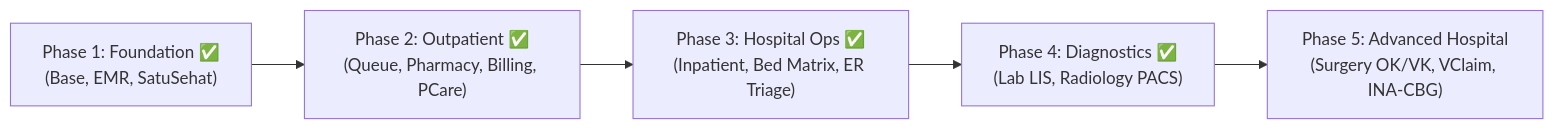
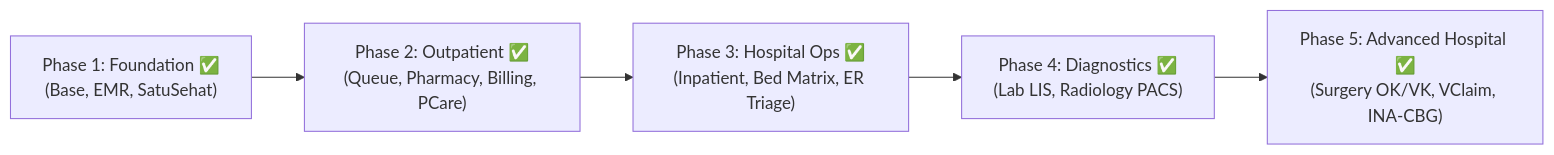
One commit to Mango-Teknusa-Inovasi/odoo-health-suite changed the second of 2 diagrams in README.md. Above: the diagram before and after it, drawn with Mermaid. The commit also changed other lines of this file and 66 other files, not shown here.

Commit message:
feat(phase5): implement operating room ok vk, bpjs vclaim 2.0 sep, and inacbg eklaim grouper

````diff
--- a/README.md
+++ b/README.md
@@ -94,7 +97,7 @@
 ```mermaid
 flowchart LR
     P1["Phase 1: Foundation ✅<br/>(Base, EMR, SatuSehat)"] --> P2["Phase 2: Outpatient ✅<br/>(Queue, Pharmacy, Billing, PCare)"]
     P2 --> P3["Phase 3: Hospital Ops ✅<br/>(Inpatient, Bed Matrix, ER Triage)"]
     P3 --> P4["Phase 4: Diagnostics ✅<br/>(Lab LIS, Radiology PACS)"]
-    P4 --> P5["Phase 5: Advanced Hospital<br/>(Surgery OK/VK, VClaim, INA-CBG)"]
+    P4 --> P5["Phase 5: Advanced Hospital ✅<br/>(Surgery OK/VK, VClaim, INA-CBG)"]
 ```
````
